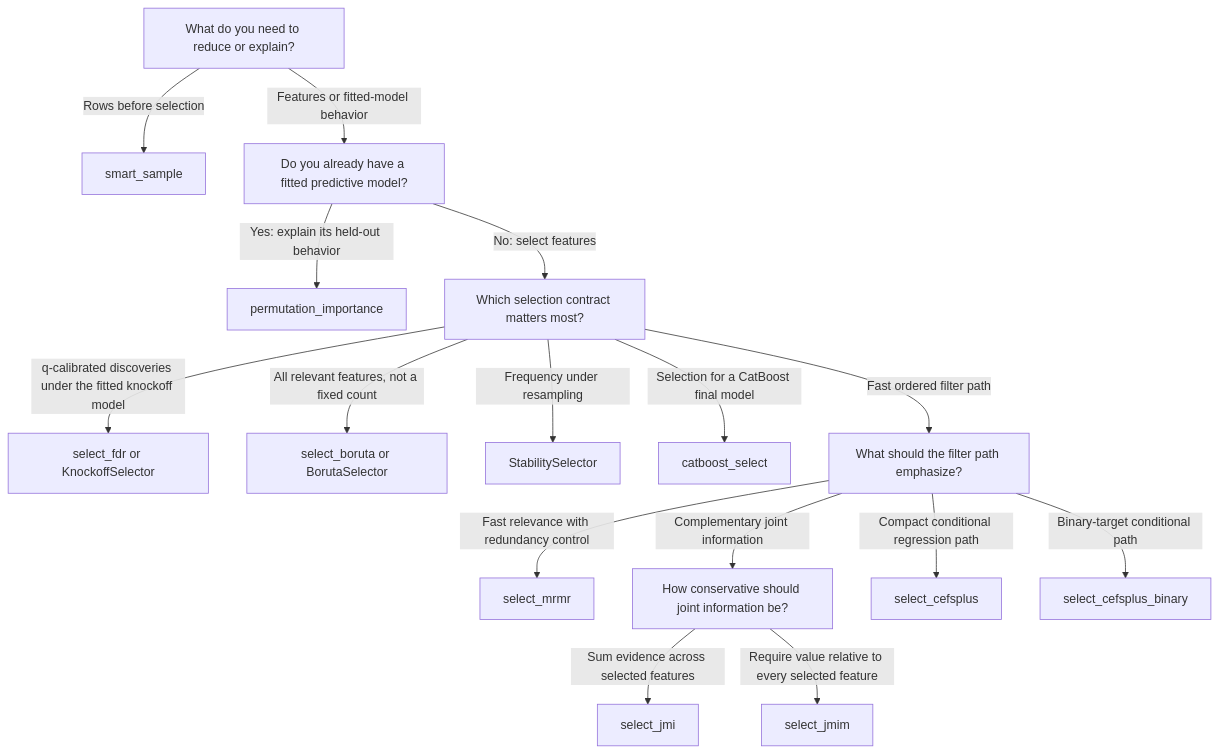
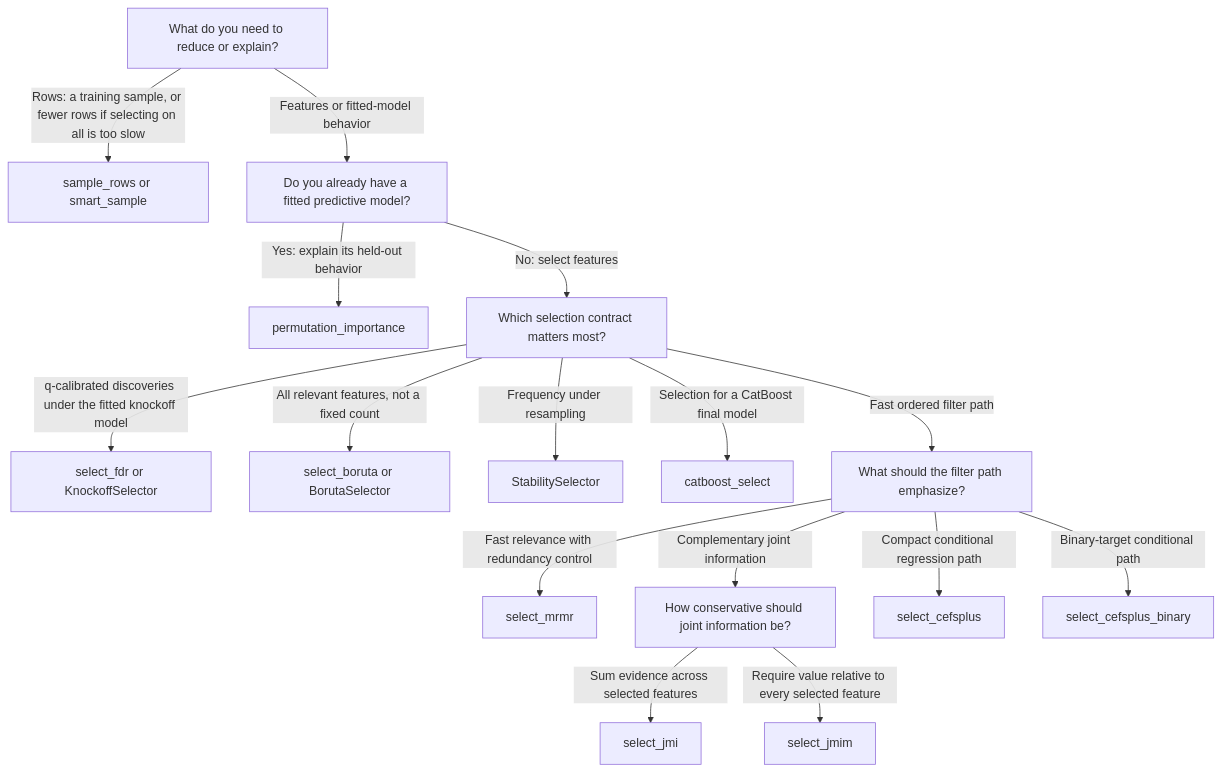
Before and after one commit to kmedved/sift: the diagram in docs/choosing-a-selector.md, drawn with Mermaid. The commit also changed other lines of this file and 12 other files, not shown here.

````diff
--- a/docs/choosing-a-selector.md
+++ b/docs/choosing-a-selector.md
@@ -8,26 +8,26 @@
 ```mermaid
 flowchart TD
     Start["What do you need to reduce or explain?"]
-    Start -->|Rows before selection| Sample["smart_sample"]
+    Start -->|Rows: a training sample, or fewer rows if selecting on all is too slow| Sample["sample_rows or smart_sample"]
     Start -->|Features or fitted-model behavior| Output
 
     Output["Do you already have a fitted predictive model?"]
     Output -->|Yes: explain its held-out behavior| Permutation["permutation_importance"]
     Output -->|No: select features| Contract
 
     Contract["Which selection contract matters most?"]
     Contract -->|q-calibrated discoveries under the fitted knockoff model| Knockoff["select_fdr or KnockoffSelector"]
     Contract -->|All relevant features, not a fixed count| Boruta["select_boruta or BorutaSelector"]
     Contract -->|Frequency under resampling| Stability["StabilitySelector"]
     Contract -->|Selection for a CatBoost final model| CatBoost["catboost_select"]
     Contract -->|Fast ordered filter path| FilterGoal
 
     FilterGoal["What should the filter path emphasize?"]
     FilterGoal -->|Fast relevance with redundancy control| MRMR["select_mrmr"]
     FilterGoal -->|Complementary joint information| Joint
     Joint["How conservative should joint information be?"]
     Joint -->|Sum evidence across selected features| JMI["select_jmi"]
     Joint -->|Require value relative to every selected feature| JMIM["select_jmim"]
     FilterGoal -->|Compact conditional regression path| CEFS["select_cefsplus"]
     FilterGoal -->|Binary-target conditional path| Binary["select_cefsplus_binary"]
 ```
````
